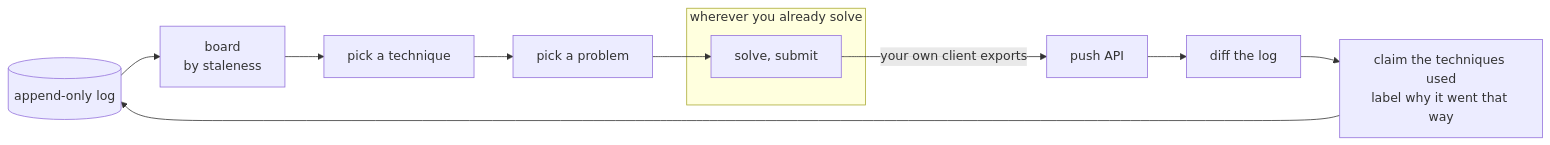
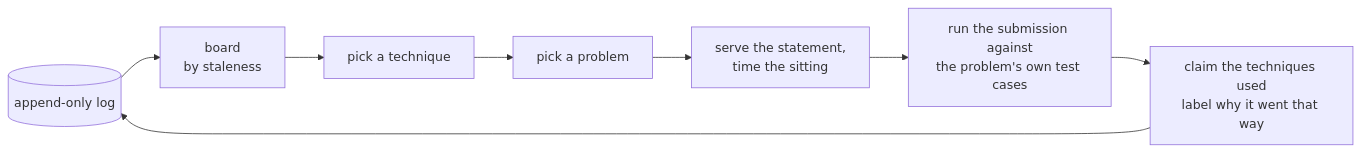
Before and after one commit to lunochkin/algo-coach: the first of 3 diagrams in README.md, drawn with Mermaid. The commit also changed other lines of this file, not shown here.

First line of the commit message:
docs(readme): drop the push API from the surface

````diff
--- a/README.md
+++ b/README.md
@@ -181,12 +181,9 @@
 ```mermaid
 flowchart LR
   L[("append-only log")] --> B["board<br/>by staleness"]
   B --> T["pick a technique"] --> P["pick a problem"]
-  P --> S
-  subgraph outside["wherever you already solve"]
-    S["solve, submit"]
-  end
-  S -->|"your own client exports"| PUSH["push API"]
-  PUSH --> D["diff the log"] --> C["claim the techniques used<br/>label why it went that way"]
+  P --> S["serve the statement,<br/>time the sitting"]
+  S --> V["run the submission against<br/>the problem's own test cases"]
+  V --> C["claim the techniques used<br/>label why it went that way"]
   C --> L
 ```
````
